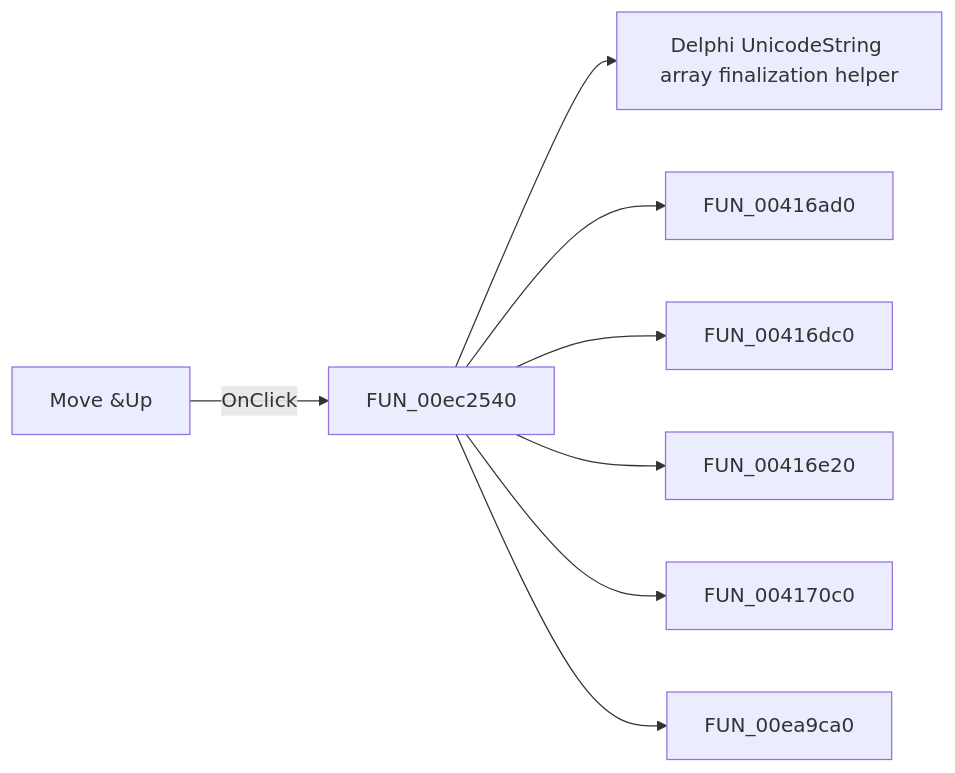
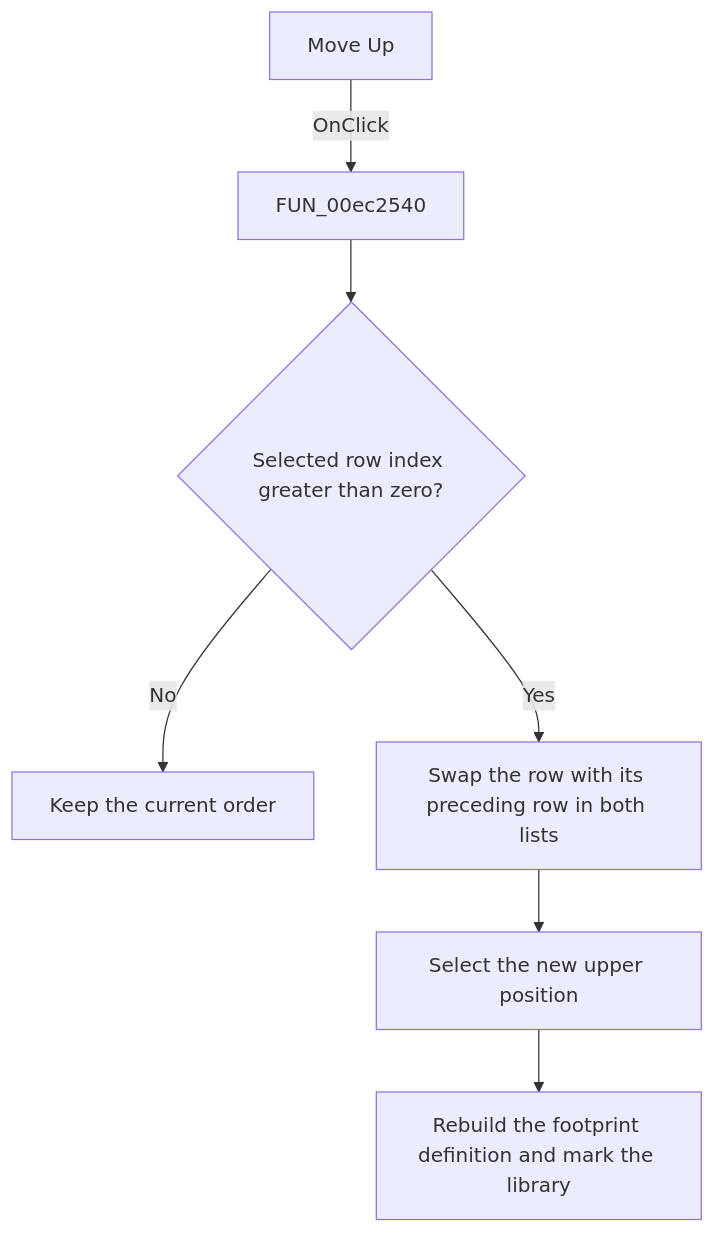
One commit to MovGP0/TIARA changed the diagram in docs/ui-controls/pcbform4/btnmoveup-0bc194cac9.md. Above: the diagram before and after it, drawn with Mermaid. The commit also changed other lines of this file and 1062 other files, not shown here.

````diff
--- a/docs/ui-controls/pcbform4/btnmoveup-0bc194cac9.md
+++ b/docs/ui-controls/pcbform4/btnmoveup-0bc194cac9.md
@@ -27,10 +29,9 @@
 ```mermaid
-flowchart LR
-    control["Move &Up "] -->|OnClick| handler["FUN_00ec2540"]
-    handler --> call1["Delphi UnicodeString array finalization helper"]
-    handler --> call2["FUN_00416ad0"]
-    handler --> call3["FUN_00416dc0"]
-    handler --> call4["FUN_00416e20"]
-    handler --> call5["FUN_004170c0"]
-    handler --> call6["FUN_00ea9ca0"]
+flowchart TD
+    control["Move Up"] -->|OnClick| handler["FUN_00ec2540"]
+    handler --> movable{"Selected row index greater than zero?"}
+    movable -->|No| noChange["Keep the current order"]
+    movable -->|Yes| swap["Swap the row with its preceding row in both lists"]
+    swap --> select["Select the new upper position"]
+    select --> rebuild["Rebuild the footprint definition and mark the library"]
 ```
````
